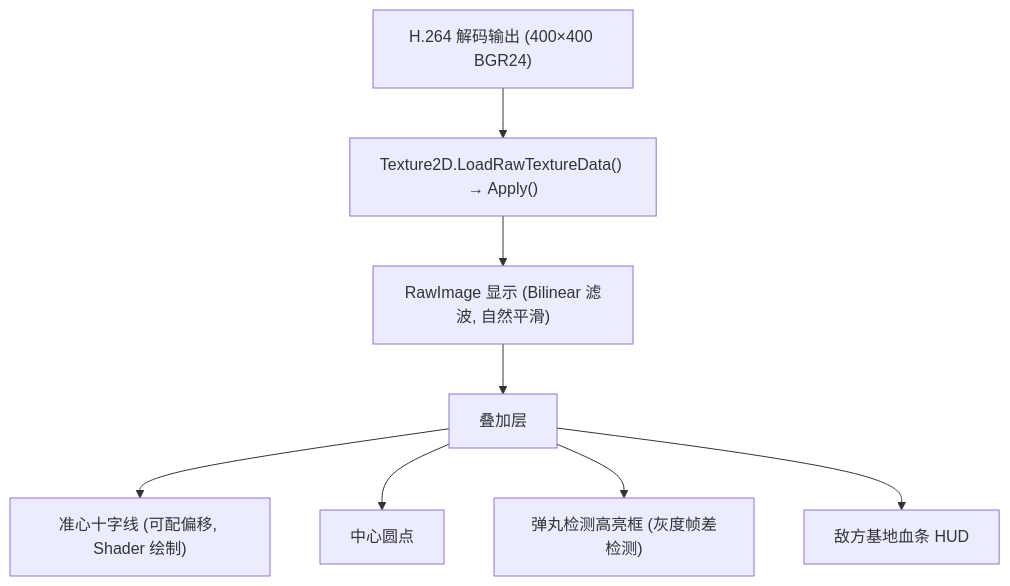
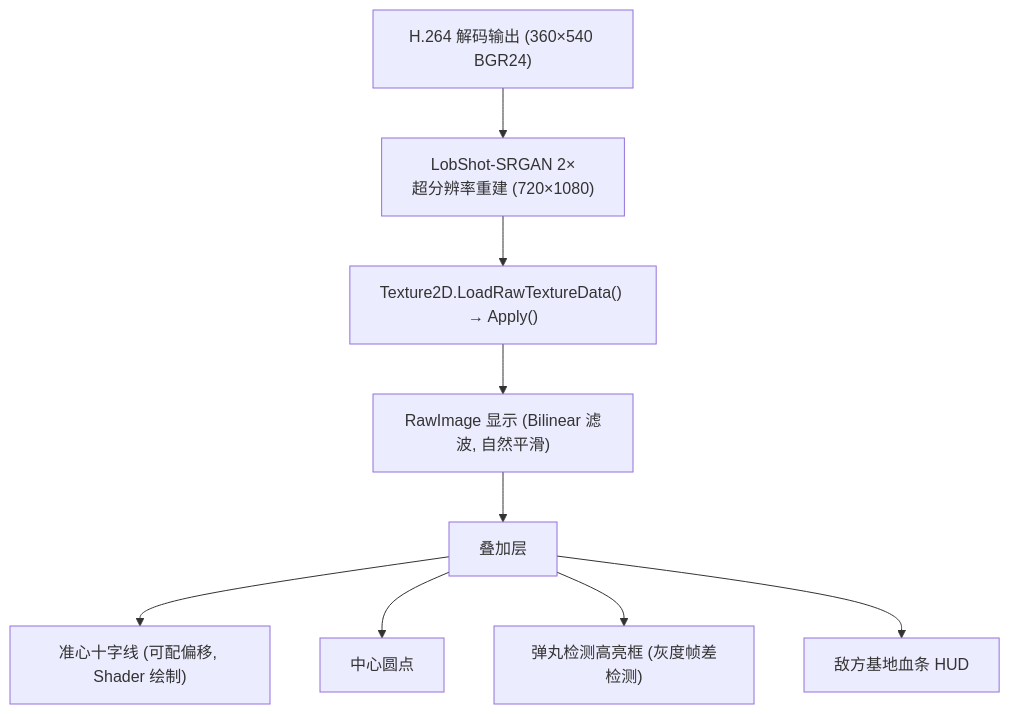
One commit to dfcyyyds/RoboMasterClientWMJ changed the sixth of 15 diagrams in 文档/视觉吊射方案.md. Above: the diagram before and after it, drawn with Mermaid. The commit also changed other lines of this file and 15 other files, not shown here.

Commit message:
完成了 720 x 1080p 吊射图传，采用双线性插值进行优化

````diff
--- a/文档/视觉吊射方案.md
+++ b/文档/视觉吊射方案.md
@@ -329,10 +330,11 @@
 ```mermaid
 flowchart TB
-  Decode["H.264 解码输出 (400×400 BGR24)"] --> Tex["Texture2D.LoadRawTextureData() → Apply()"]
+  Decode["H.264 解码输出 (360×540 BGR24)"] --> SR["LobShot-SRGAN 2×<br/>超分辨率重建 (720×1080)"]
+  SR --> Tex["Texture2D.LoadRawTextureData() → Apply()"]
   Tex --> Raw["RawImage 显示 (Bilinear 滤波, 自然平滑)"]
   Raw --> Overlay["叠加层"]
   Overlay --> Cross["准心十字线 (可配偏移, Shader 绘制)"]
   Overlay --> Dot["中心圆点"]
   Overlay --> BallBox["弹丸检测高亮框 (灰度帧差检测)"]
   Overlay --> HP["敌方基地血条 HUD"]
 ```
````
